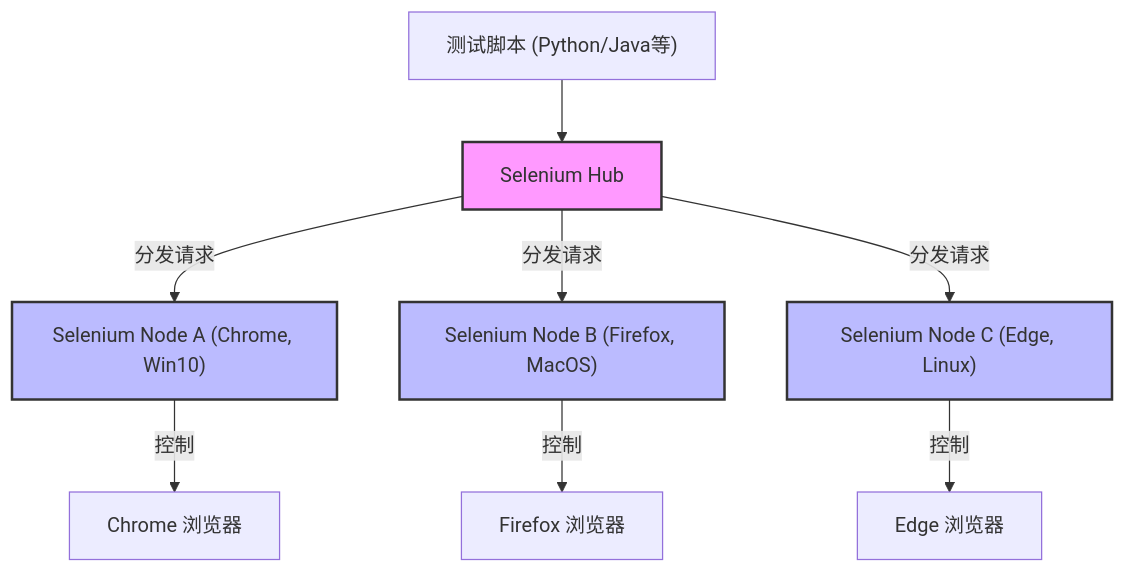
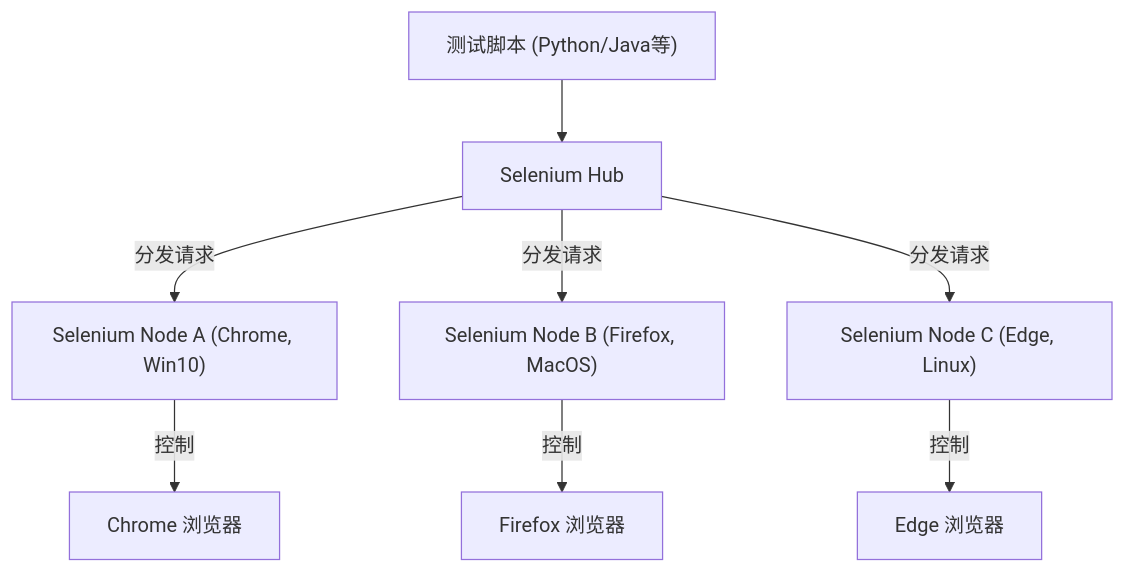
One commit to teatang/t-blog changed the second of 2 diagrams in source/_posts/2025/2025-03-29_Selenium (浏览器自动化工具) 深度解析.md. Above: the diagram before and after it, drawn with Mermaid. The commit also changed 24 other files, not shown here.

```diff
--- a/source/_posts/2025/2025-03-29_Selenium (浏览器自动化工具) 深度解析.md
+++ b/source/_posts/2025/2025-03-29_Selenium (浏览器自动化工具) 深度解析.md
@@ -284,16 +284,11 @@
 {% mermaid %}
 graph TD
     UserClient["测试脚本 (Python/Java等)"] --> Hub[Selenium Hub]
     Hub --分发请求--> NodeA["Selenium Node A (Chrome, Win10)"]
     Hub --分发请求--> NodeB["Selenium Node B (Firefox, MacOS)"]
     Hub --分发请求--> NodeC["Selenium Node C (Edge, Linux)"]
 
     NodeA --控制--> BrowserA[Chrome 浏览器]
     NodeB --控制--> BrowserB[Firefox 浏览器]
     NodeC --控制--> BrowserC[Edge 浏览器]
-
-    style Hub fill:#f9f,stroke:#333,stroke-width:2px
-    style NodeA fill:#bbf,stroke:#333,stroke-width:2px
-    style NodeB fill:#bbf,stroke:#333,stroke-width:2px
-    style NodeC fill:#bbf,stroke:#333,stroke-width:2px
 {% endmermaid %}
```
